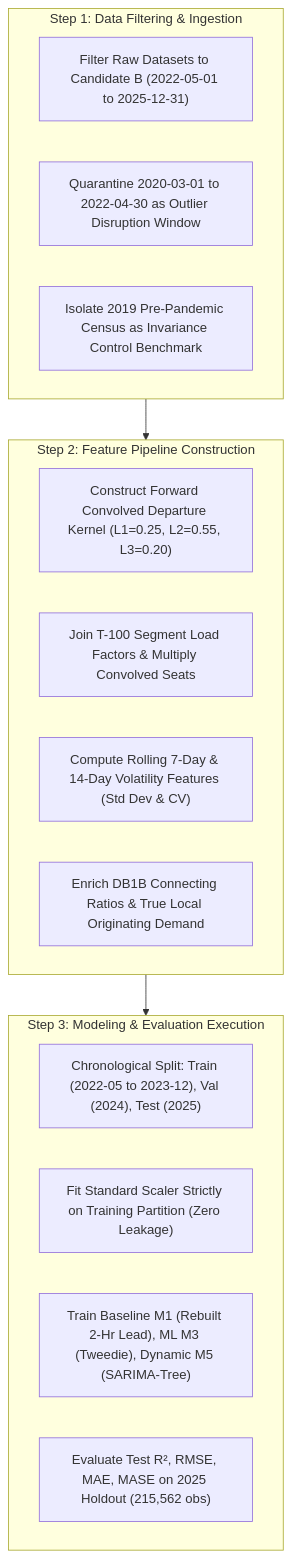
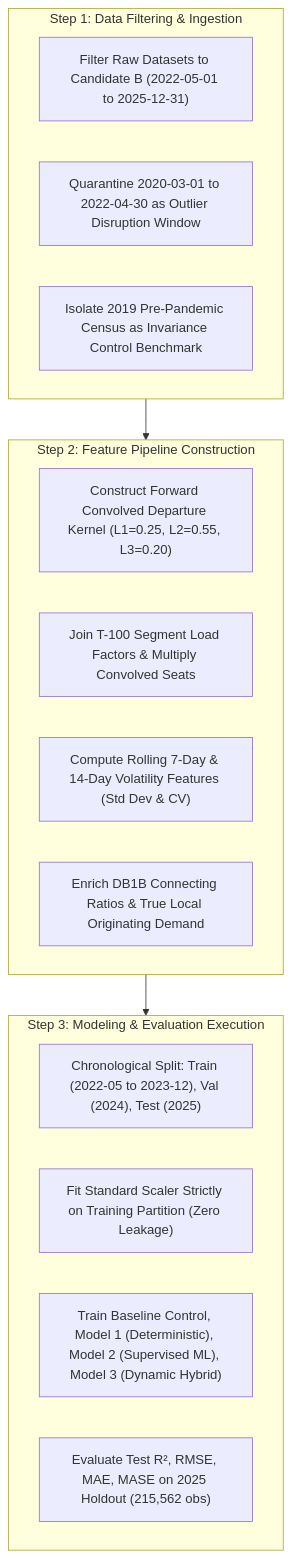
One commit to leila-gleich/final-thesis changed the diagram in thesis_docs/recommendations/implementation_plans/OTP_FACTOR_WEIGHTING_AND_TSA_VOLATILITY_RECOMMENDATIONS_AND_IMPLEMENTATION_PLAN.md. Above: the diagram before and after it, drawn with Mermaid. The commit also changed other lines of this file and 56 other files, not shown here.

````diff
--- a/thesis_docs/recommendations/implementation_plans/OTP_FACTOR_WEIGHTING_AND_TSA_VOLATILITY_RECOMMENDATIONS_AND_IMPLEMENTATION_PLAN.md
+++ b/thesis_docs/recommendations/implementation_plans/OTP_FACTOR_WEIGHTING_AND_TSA_VOLATILITY_RECOMMENDATIONS_AND_IMPLEMENTATION_PLAN.md
@@ -120,25 +120,25 @@
 ```mermaid
 flowchart TD
     subgraph Step1["Step 1: Data Filtering & Ingestion"]
         A1["Filter Raw Datasets to Candidate B (2022-05-01 to 2025-12-31)"]
         A2["Quarantine 2020-03-01 to 2022-04-30 as Outlier Disruption Window"]
         A3["Isolate 2019 Pre-Pandemic Census as Invariance Control Benchmark"]
     end
 
     subgraph Step2["Step 2: Feature Pipeline Construction"]
         B1["Construct Forward Convolved Departure Kernel (L1=0.25, L2=0.55, L3=0.20)"]
         B2["Join T-100 Segment Load Factors & Multiply Convolved Seats"]
         B3["Compute Rolling 7-Day & 14-Day Volatility Features (Std Dev & CV)"]
         B4["Enrich DB1B Connecting Ratios & True Local Originating Demand"]
     end
 
     subgraph Step3["Step 3: Modeling & Evaluation Execution"]
         C1["Chronological Split: Train (2022-05 to 2023-12), Val (2024), Test (2025)"]
         C2["Fit Standard Scaler Strictly on Training Partition (Zero Leakage)"]
-        C3["Train Baseline M1 (Rebuilt 2-Hr Lead), ML M3 (Tweedie), Dynamic M5 (SARIMA-Tree)"]
+        C3["Train Baseline Control, Model 1 (Deterministic), Model 2 (Supervised ML), Model 3 (Dynamic Hybrid)"]
         C4["Evaluate Test R², RMSE, MAE, MASE on 2025 Holdout (215,562 obs)"]
     end
 
     Step1 --> Step2
     Step2 --> Step3
 ```
````
